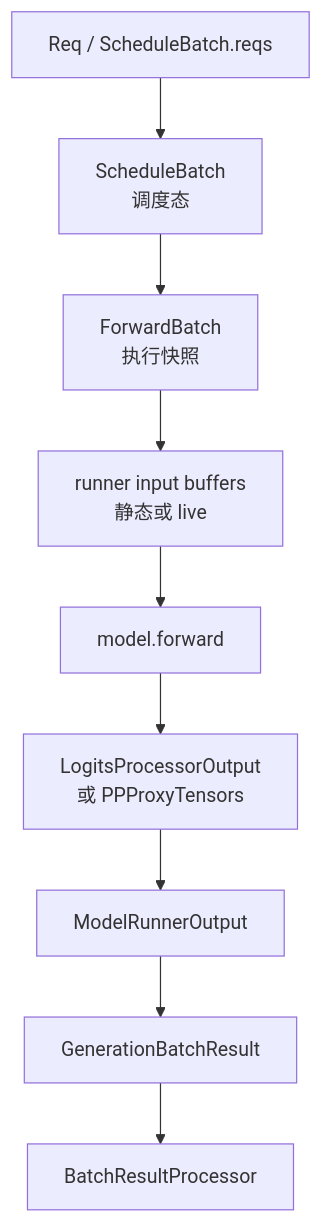
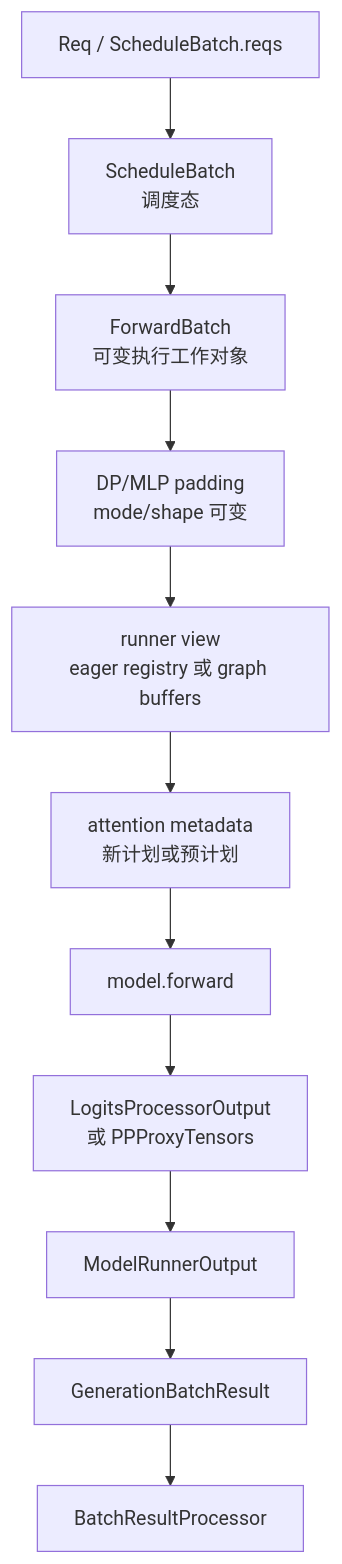
One commit to OnlyHero5/sglang-reading-vault changed the diagram in sglang_reading/模型执行/ModelRunner/SGLang-ModelRunner-数据流.md. Above: the diagram before and after it, drawn with Mermaid. The commit also changed other lines of this file and 512 other files, not shown here.

````diff
--- a/sglang_reading/模型执行/ModelRunner/SGLang-ModelRunner-数据流.md
+++ b/sglang_reading/模型执行/ModelRunner/SGLang-ModelRunner-数据流.md
@@ -22,14 +22,16 @@
 ```mermaid
 flowchart TD
   Req["Req / ScheduleBatch.reqs"]
   SB["ScheduleBatch<br/>调度态"]
-  FB["ForwardBatch<br/>执行快照"]
-  Buff["runner input buffers<br/>静态或 live"]
+  FB["ForwardBatch<br/>可变执行工作对象"]
+  Pad["DP/MLP padding<br/>mode/shape 可变"]
+  Buff["runner view<br/>eager registry 或 graph buffers"]
+  Meta["attention metadata<br/>新计划或预计划"]
   Model["model.forward"]
   Out["LogitsProcessorOutput<br/>或 PPProxyTensors"]
   MRO["ModelRunnerOutput"]
   GBR["GenerationBatchResult"]
   Proc["BatchResultProcessor"]
 
-  Req --> SB --> FB --> Buff --> Model --> Out --> MRO --> GBR --> Proc
+  Req --> SB --> FB --> Pad --> Buff --> Meta --> Model --> Out --> MRO --> GBR --> Proc
 ```
````
